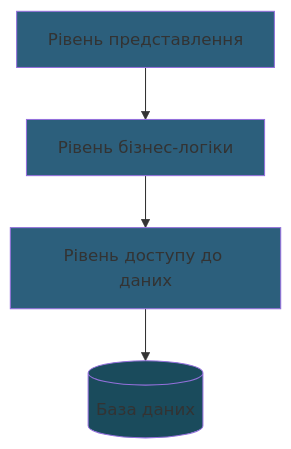
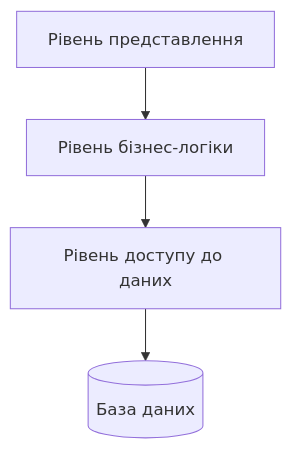
The second of 15 diagrams in docs/pages/pres.md (olroi421/cvk-kpi), drawn with Mermaid before and after one commit. The commit also changed other lines of this file, not shown here.

````diff
--- a/docs/pages/pres.md
+++ b/docs/pages/pres.md
@@ -114,11 +109,7 @@
 ```mermaid
 graph TD
     A[Рівень представлення] --> B[Рівень бізнес-логіки]
     B --> C[Рівень доступу до даних]
     C --> D[(База даних)]
 
-    style A fill:#2C5F7C
-    style B fill:#2C5F7C
-    style C fill:#2C5F7C
-    style D fill:#1A4B5C
 ```
````
